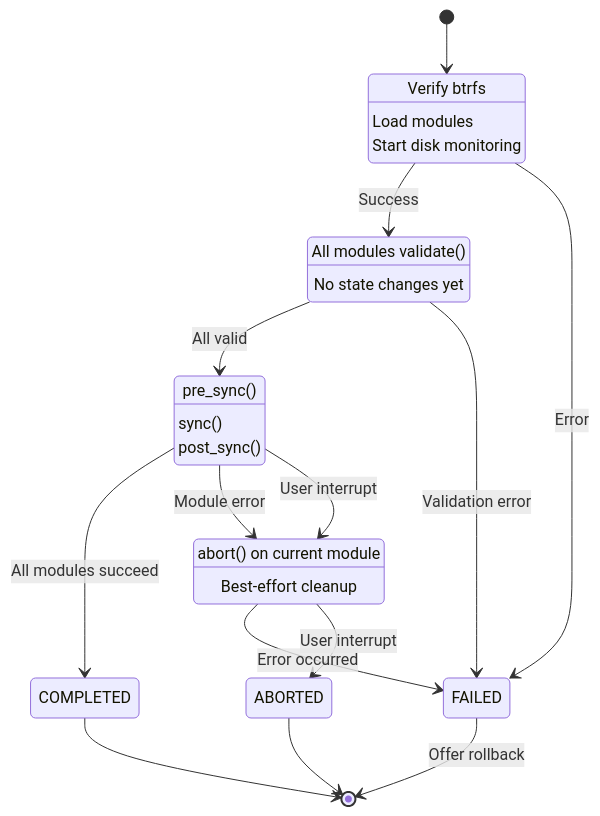
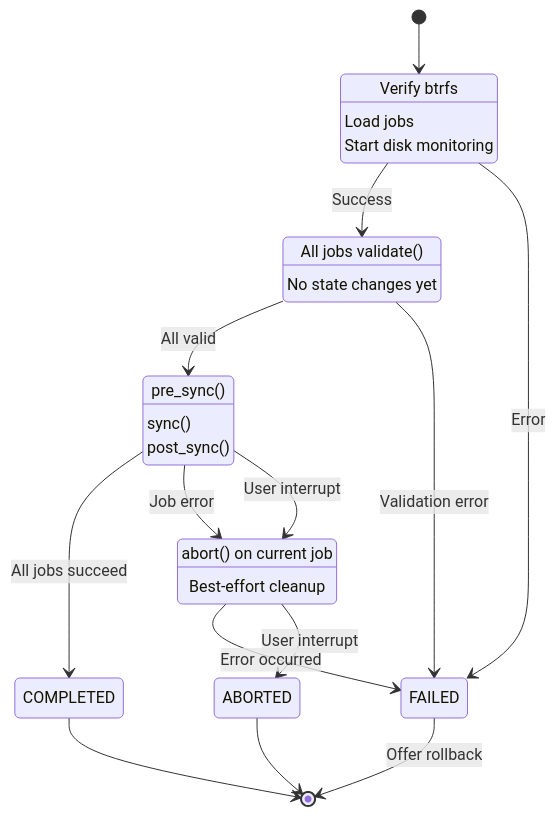
Before and after one commit to flaksit/pc-switcher: the fourth of 13 diagrams in ARCHITECTURE.md, drawn with Mermaid. The commit also changed other lines of this file and 39 other files, not shown here.

Commit message:
rename Module to Job

````diff
--- a/ARCHITECTURE.md
+++ b/ARCHITECTURE.md
@@ -121,35 +121,35 @@
 ```mermaid
 stateDiagram-v2
     [*] --> INITIALIZING
 
     INITIALIZING: Verify btrfs
-    INITIALIZING: Load modules
+    INITIALIZING: Load jobs
     INITIALIZING: Start disk monitoring
 
-    VALIDATING: All modules validate()
+    VALIDATING: All jobs validate()
     VALIDATING: No state changes yet
 
     EXECUTING: pre_sync()
     EXECUTING: sync()
     EXECUTING: post_sync()
 
-    CLEANUP: abort() on current module
+    CLEANUP: abort() on current job
     CLEANUP: Best-effort cleanup
 
     INITIALIZING --> VALIDATING : Success
     INITIALIZING --> FAILED : Error
 
     VALIDATING --> EXECUTING : All valid
     VALIDATING --> FAILED : Validation error
 
-    EXECUTING --> COMPLETED : All modules succeed
-    EXECUTING --> CLEANUP : Module error
+    EXECUTING --> COMPLETED : All jobs succeed
+    EXECUTING --> CLEANUP : Job error
     EXECUTING --> CLEANUP : User interrupt
 
     CLEANUP --> FAILED : Error occurred
     CLEANUP --> ABORTED : User interrupt
 
     COMPLETED --> [*]
     ABORTED --> [*]
     FAILED --> [*] : Offer rollback
 ```
````
